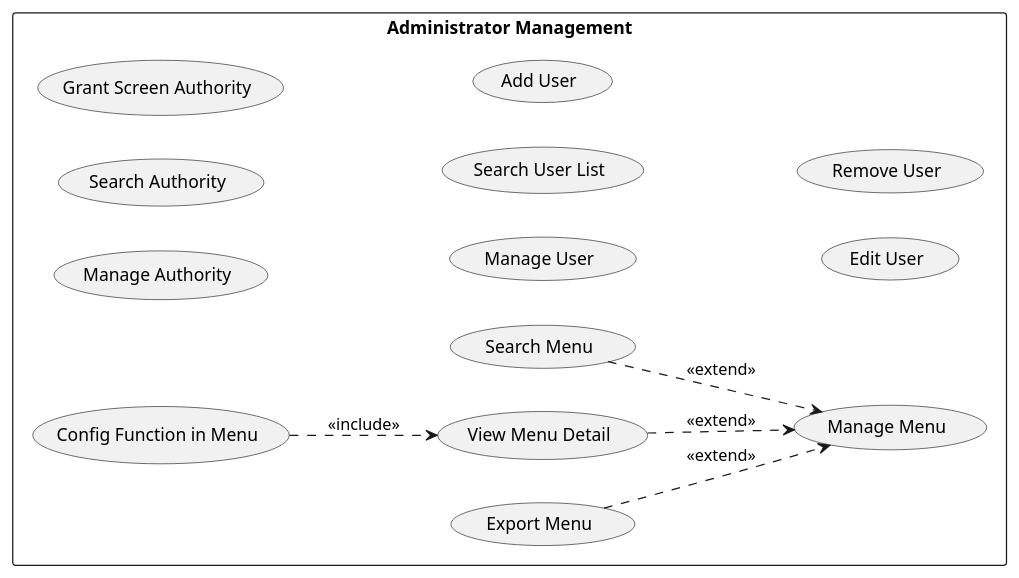
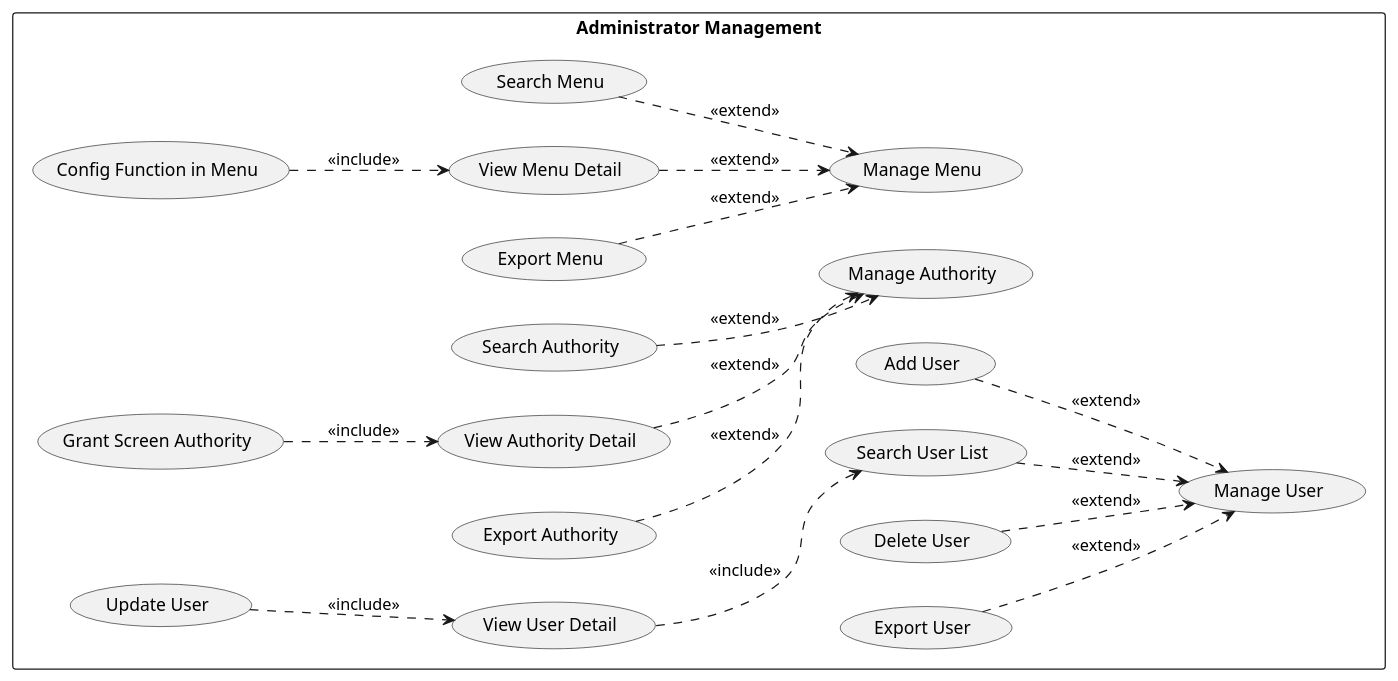
The diagram in assets/UML/Use Case Diagram/UC_System Admin Detail.pu (HangthuyNgth/Information_System_Analysis_and_Design-IS201), drawn with PlantUML before and after one commit. The commit also changed 1 other file, not shown here.

```diff
--- a/assets/UML/Use Case Diagram/UC_System Admin Detail.pu
+++ b/assets/UML/Use Case Diagram/UC_System Admin Detail.pu
@@ -1,38 +1,61 @@
 @startuml
 left to right direction
 skinparam packageStyle rectangle
 
 
 package "Administrator Management" {
     ' --- MANAGE MENU ---
     usecase "Manage Menu" as UC_ManageMenu
+
     usecase "Search Menu" as UC_MenuSearch
     usecase "View Menu Detail" as UC_MenuViewDetail
     usecase "Config Function in Menu" as UC_MenuConfig
     usecase "Export Menu" as UC_MenuExport
     ' --- MANAGE AUTHORITY ---
     usecase "Manage Authority" as UC_ManageAuth
-    usecase "Search Authority" as UC_SearchAuth
-    usecase "Grant Screen Authority" as UC_AddAuth
 
+    usecase "Search Authority" as UC_AuthSearch
+    usecase "View Authority Detail" as UC_AuthViewDetail
+    usecase "Grant Screen Authority" as UC_AuthAdd
+    usecase "Export Authority" as UC_AuthExport
     ' --- MANAGE USER ---
     usecase "Manage User" as UC_ManageUser
-    usecase "Search User List" as UC_SearchUser
-    usecase "Add User" as UC_AddUser
-    usecase "Edit User" as UC_EditUser
-    usecase "Remove User" as UC_RemoveUser
+
+    usecase "Search User List" as UC_UserSearch
+    usecase "View User Detail" as UC_UserViewDetail
+    usecase "Add User" as UC_UserAdd
+    usecase "Update User" as UC_UserUpdate
+    usecase "Delete User" as UC_UserDelete
+    usecase "Export User" as UC_UserExport
+
 }
-
 
 
 ' --- MENU RELATIONSHIPS ---
 UC_MenuSearch ..> UC_ManageMenu : <<extend>>
 UC_MenuExport ..> UC_ManageMenu : <<extend>>
 UC_MenuViewDetail ..> UC_ManageMenu : <<extend>>
 
 UC_MenuConfig ..> UC_MenuViewDetail : <<include>>
 
+'--- AUTHORITY RELATIONSHIPS ---
+UC_AuthSearch ..> UC_ManageAuth : <<extend>>
+UC_AuthExport ..> UC_ManageAuth : <<extend>>
+UC_AuthViewDetail ..> UC_ManageAuth : <<extend>>
+
+UC_AuthAdd ..> UC_AuthViewDetail : <<include>>
+
+'--- USER RELATIONSHIPS ---
+UC_UserSearch ..> UC_ManageUser : <<extend>>
+UC_UserAdd ..> UC_ManageUser : <<extend>>
+UC_UserExport ..> UC_ManageUser : <<extend>>
+UC_UserDelete ..> UC_ManageUser : <<extend>>
+
+UC_UserViewDetail ..> UC_UserSearch : <<include>>
+UC_UserUpdate ..> UC_UserViewDetail : <<include>>
+
+
 
 
 
 @enduml
```
